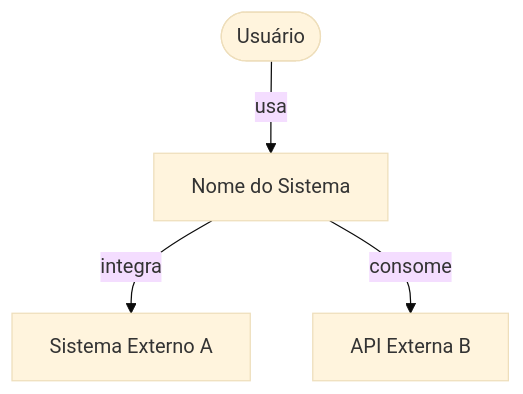
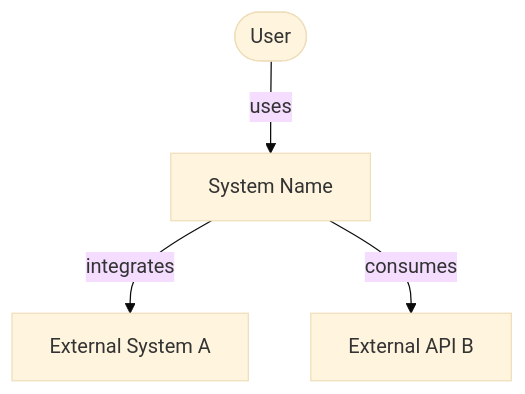
Before and after one commit to fcjbispo/Factory: the first of 2 diagrams in src/docs/templates/architecture/overview.md, drawn with Mermaid (base theme). The commit also changed other lines of this file and 13 other files, not shown here.

````diff
--- a/src/docs/templates/architecture/overview.md
+++ b/src/docs/templates/architecture/overview.md
@@ -22,6 +22,6 @@
 ```mermaid
 graph TD
-    User([Usuário]) -->|usa| System[Nome do Sistema]
-    System -->|integra| ExtA[Sistema Externo A]
-    System -->|consome| ExtB[API Externa B]
+    User([User]) -->|uses| System[System Name]
+    System -->|integrates| ExtA[External System A]
+    System -->|consumes| ExtB[External API B]
 ```
````
